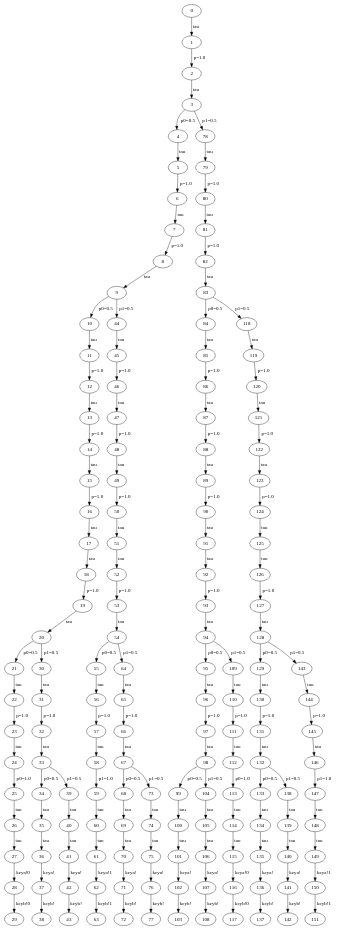
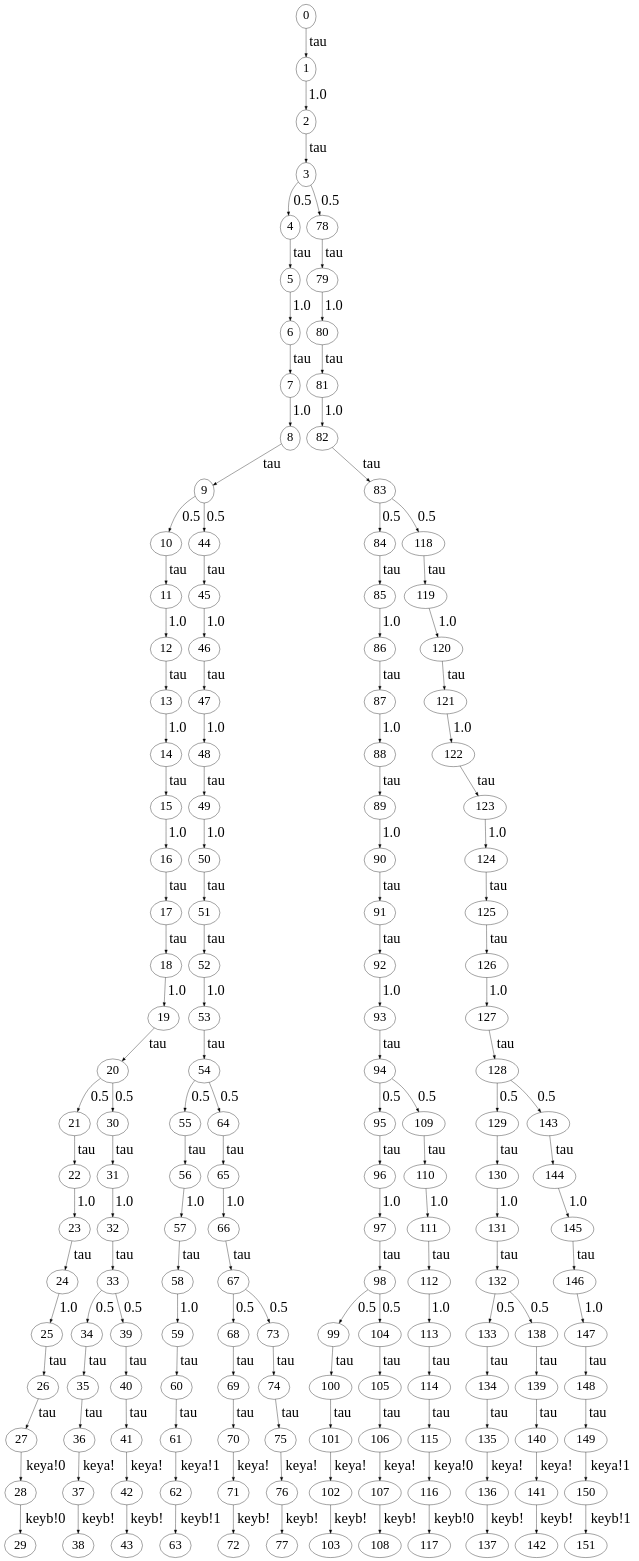
The diagram in parse_output/concreteBB84.gv (MartianQXD/QBisim), drawn with Graphviz before and after one commit. The commit also changed 102 other files, not shown here.

```diff
--- a/parse_output/concreteBB84.gv
+++ b/parse_output/concreteBB84.gv
@@ -1,154 +1,156 @@
 // The qLTS BB84
 digraph {
+	node [fontsize=35]
+	edge [fontsize=40]
 	0 -> 1 [label=tau]
-	1 -> 2 [label="p=1.0"]
+	1 -> 2 [label=1.0]
 	2 -> 3 [label=tau]
-	3 -> 4 [label="p0=0.5"]
+	3 -> 4 [label=0.5]
 	4 -> 5 [label=tau]
-	5 -> 6 [label="p=1.0"]
+	5 -> 6 [label=1.0]
 	6 -> 7 [label=tau]
-	7 -> 8 [label="p=1.0"]
+	7 -> 8 [label=1.0]
 	8 -> 9 [label=tau]
-	9 -> 10 [label="p0=0.5"]
+	9 -> 10 [label=0.5]
 	10 -> 11 [label=tau]
-	11 -> 12 [label="p=1.0"]
+	11 -> 12 [label=1.0]
 	12 -> 13 [label=tau]
-	13 -> 14 [label="p=1.0"]
+	13 -> 14 [label=1.0]
 	14 -> 15 [label=tau]
-	15 -> 16 [label="p=1.0"]
+	15 -> 16 [label=1.0]
 	16 -> 17 [label=tau]
 	17 -> 18 [label=tau]
-	18 -> 19 [label="p=1.0"]
+	18 -> 19 [label=1.0]
 	19 -> 20 [label=tau]
-	20 -> 21 [label="p0=0.5"]
+	20 -> 21 [label=0.5]
 	21 -> 22 [label=tau]
-	22 -> 23 [label="p=1.0"]
+	22 -> 23 [label=1.0]
 	23 -> 24 [label=tau]
-	24 -> 25 [label="p0=1.0"]
+	24 -> 25 [label=1.0]
 	25 -> 26 [label=tau]
 	26 -> 27 [label=tau]
 	27 -> 28 [label="keya!0"]
 	28 -> 29 [label="keyb!0"]
-	20 -> 30 [label="p1=0.5"]
+	20 -> 30 [label=0.5]
 	30 -> 31 [label=tau]
-	31 -> 32 [label="p=1.0"]
+	31 -> 32 [label=1.0]
 	32 -> 33 [label=tau]
-	33 -> 34 [label="p0=0.5"]
+	33 -> 34 [label=0.5]
 	34 -> 35 [label=tau]
 	35 -> 36 [label=tau]
 	36 -> 37 [label="keya!"]
 	37 -> 38 [label="keyb!"]
-	33 -> 39 [label="p1=0.5"]
+	33 -> 39 [label=0.5]
 	39 -> 40 [label=tau]
 	40 -> 41 [label=tau]
 	41 -> 42 [label="keya!"]
 	42 -> 43 [label="keyb!"]
-	9 -> 44 [label="p1=0.5"]
+	9 -> 44 [label=0.5]
 	44 -> 45 [label=tau]
-	45 -> 46 [label="p=1.0"]
+	45 -> 46 [label=1.0]
 	46 -> 47 [label=tau]
-	47 -> 48 [label="p=1.0"]
+	47 -> 48 [label=1.0]
 	48 -> 49 [label=tau]
-	49 -> 50 [label="p=1.0"]
+	49 -> 50 [label=1.0]
 	50 -> 51 [label=tau]
 	51 -> 52 [label=tau]
-	52 -> 53 [label="p=1.0"]
+	52 -> 53 [label=1.0]
 	53 -> 54 [label=tau]
-	54 -> 55 [label="p0=0.5"]
+	54 -> 55 [label=0.5]
 	55 -> 56 [label=tau]
-	56 -> 57 [label="p=1.0"]
+	56 -> 57 [label=1.0]
 	57 -> 58 [label=tau]
-	58 -> 59 [label="p1=1.0"]
+	58 -> 59 [label=1.0]
 	59 -> 60 [label=tau]
 	60 -> 61 [label=tau]
 	61 -> 62 [label="keya!1"]
 	62 -> 63 [label="keyb!1"]
-	54 -> 64 [label="p1=0.5"]
+	54 -> 64 [label=0.5]
 	64 -> 65 [label=tau]
-	65 -> 66 [label="p=1.0"]
+	65 -> 66 [label=1.0]
 	66 -> 67 [label=tau]
-	67 -> 68 [label="p0=0.5"]
+	67 -> 68 [label=0.5]
 	68 -> 69 [label=tau]
 	69 -> 70 [label=tau]
 	70 -> 71 [label="keya!"]
 	71 -> 72 [label="keyb!"]
-	67 -> 73 [label="p1=0.5"]
+	67 -> 73 [label=0.5]
 	73 -> 74 [label=tau]
 	74 -> 75 [label=tau]
 	75 -> 76 [label="keya!"]
 	76 -> 77 [label="keyb!"]
-	3 -> 78 [label="p1=0.5"]
+	3 -> 78 [label=0.5]
 	78 -> 79 [label=tau]
-	79 -> 80 [label="p=1.0"]
+	79 -> 80 [label=1.0]
 	80 -> 81 [label=tau]
-	81 -> 82 [label="p=1.0"]
+	81 -> 82 [label=1.0]
 	82 -> 83 [label=tau]
-	83 -> 84 [label="p0=0.5"]
+	83 -> 84 [label=0.5]
 	84 -> 85 [label=tau]
-	85 -> 86 [label="p=1.0"]
+	85 -> 86 [label=1.0]
 	86 -> 87 [label=tau]
-	87 -> 88 [label="p=1.0"]
+	87 -> 88 [label=1.0]
 	88 -> 89 [label=tau]
-	89 -> 90 [label="p=1.0"]
+	89 -> 90 [label=1.0]
 	90 -> 91 [label=tau]
 	91 -> 92 [label=tau]
-	92 -> 93 [label="p=1.0"]
+	92 -> 93 [label=1.0]
 	93 -> 94 [label=tau]
-	94 -> 95 [label="p0=0.5"]
+	94 -> 95 [label=0.5]
 	95 -> 96 [label=tau]
-	96 -> 97 [label="p=1.0"]
+	96 -> 97 [label=1.0]
 	97 -> 98 [label=tau]
-	98 -> 99 [label="p0=0.5"]
+	98 -> 99 [label=0.5]
 	99 -> 100 [label=tau]
 	100 -> 101 [label=tau]
 	101 -> 102 [label="keya!"]
 	102 -> 103 [label="keyb!"]
-	98 -> 104 [label="p1=0.5"]
+	98 -> 104 [label=0.5]
 	104 -> 105 [label=tau]
 	105 -> 106 [label=tau]
 	106 -> 107 [label="keya!"]
 	107 -> 108 [label="keyb!"]
-	94 -> 109 [label="p1=0.5"]
+	94 -> 109 [label=0.5]
 	109 -> 110 [label=tau]
-	110 -> 111 [label="p=1.0"]
+	110 -> 111 [label=1.0]
 	111 -> 112 [label=tau]
-	112 -> 113 [label="p0=1.0"]
+	112 -> 113 [label=1.0]
 	113 -> 114 [label=tau]
 	114 -> 115 [label=tau]
 	115 -> 116 [label="keya!0"]
 	116 -> 117 [label="keyb!0"]
-	83 -> 118 [label="p1=0.5"]
+	83 -> 118 [label=0.5]
 	118 -> 119 [label=tau]
-	119 -> 120 [label="p=1.0"]
+	119 -> 120 [label=1.0]
 	120 -> 121 [label=tau]
-	121 -> 122 [label="p=1.0"]
+	121 -> 122 [label=1.0]
 	122 -> 123 [label=tau]
-	123 -> 124 [label="p=1.0"]
+	123 -> 124 [label=1.0]
 	124 -> 125 [label=tau]
 	125 -> 126 [label=tau]
-	126 -> 127 [label="p=1.0"]
+	126 -> 127 [label=1.0]
 	127 -> 128 [label=tau]
-	128 -> 129 [label="p0=0.5"]
+	128 -> 129 [label=0.5]
 	129 -> 130 [label=tau]
-	130 -> 131 [label="p=1.0"]
+	130 -> 131 [label=1.0]
 	131 -> 132 [label=tau]
-	132 -> 133 [label="p0=0.5"]
+	132 -> 133 [label=0.5]
 	133 -> 134 [label=tau]
 	134 -> 135 [label=tau]
 	135 -> 136 [label="keya!"]
 	136 -> 137 [label="keyb!"]
-	132 -> 138 [label="p1=0.5"]
+	132 -> 138 [label=0.5]
 	138 -> 139 [label=tau]
 	139 -> 140 [label=tau]
 	140 -> 141 [label="keya!"]
 	141 -> 142 [label="keyb!"]
-	128 -> 143 [label="p1=0.5"]
+	128 -> 143 [label=0.5]
 	143 -> 144 [label=tau]
-	144 -> 145 [label="p=1.0"]
+	144 -> 145 [label=1.0]
 	145 -> 146 [label=tau]
-	146 -> 147 [label="p1=1.0"]
+	146 -> 147 [label=1.0]
 	147 -> 148 [label=tau]
 	148 -> 149 [label=tau]
 	149 -> 150 [label="keya!1"]
 	150 -> 151 [label="keyb!1"]
 }
```
